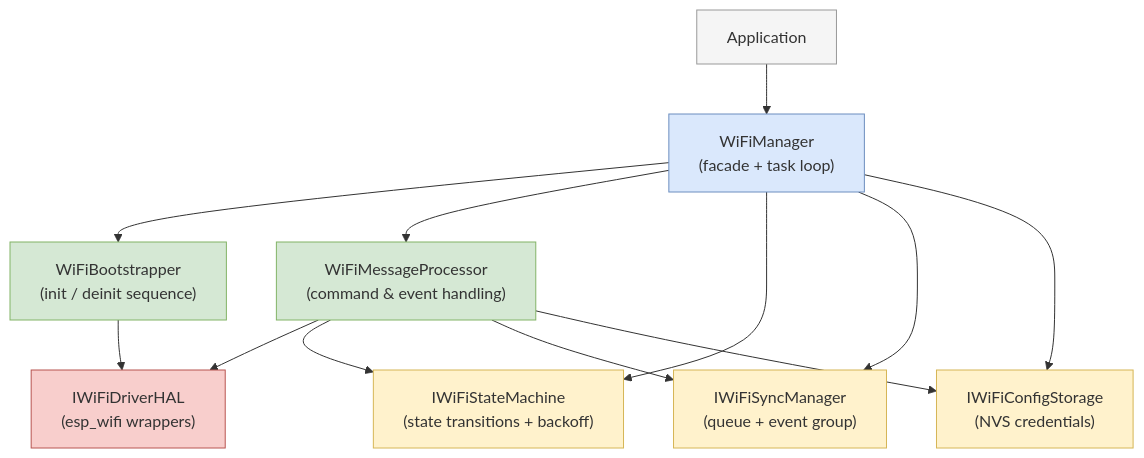
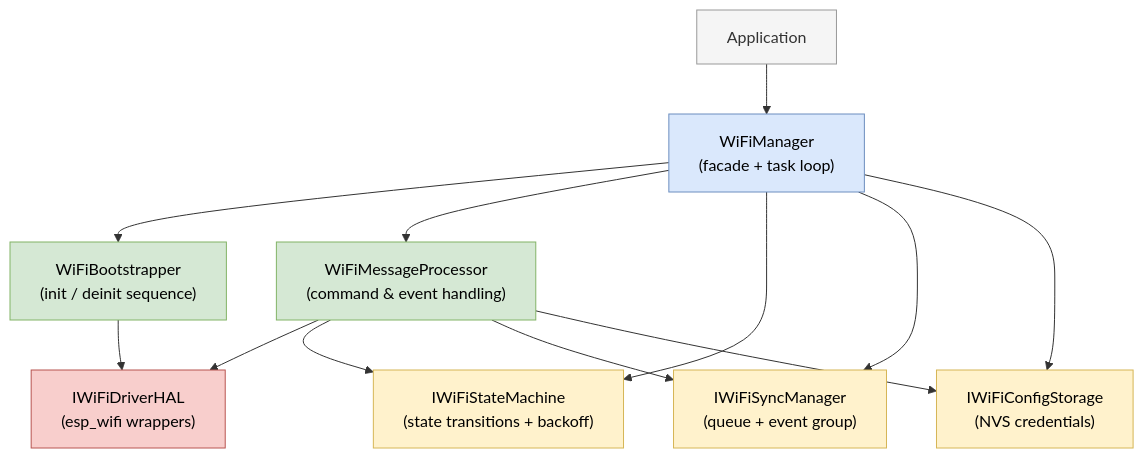
The first of 2 diagrams in README.md (aluiziotomazelli/wifi_manager), drawn with Mermaid before and after one commit. The commit also changed 1 other file, not shown here.

Commit message:
doc: mermaids on docs

````diff
--- a/README.md
+++ b/README.md
@@ -52,25 +52,25 @@
 ```mermaid
 graph TD
     App["Application"] --> WM["WiFiManager\n(facade + task loop)"]
 
     WM --> BS["WiFiBootstrapper\n(init / deinit sequence)"]
     WM --> MP["WiFiMessageProcessor\n(command & event handling)"]
     WM --> SM["IWiFiStateMachine\n(state transitions + backoff)"]
     WM --> SY["IWiFiSyncManager\n(queue + event group)"]
     WM --> ST["IWiFiConfigStorage\n(NVS credentials)"]
 
     BS --> HAL["IWiFiDriverHAL\n(esp_wifi wrappers)"]
     MP --> HAL
     MP --> SM
     MP --> SY
     MP --> ST
 
     style App fill:#f5f5f5,stroke:#999
-    style WM fill:#dae8fc,stroke:#6c8ebf
-    style BS fill:#d5e8d4,stroke:#82b366
-    style MP fill:#d5e8d4,stroke:#82b366
-    style SM fill:#fff2cc,stroke:#d6b656
-    style SY fill:#fff2cc,stroke:#d6b656
-    style ST fill:#fff2cc,stroke:#d6b656
-    style HAL fill:#f8cecc,stroke:#b85450
+    style WM fill:#dae8fc,stroke:#6c8ebf, color:#000000
+    style BS fill:#d5e8d4,stroke:#82b366, color:#000000
+    style MP fill:#d5e8d4,stroke:#82b366, color:#000000
+    style SM fill:#fff2cc,stroke:#d6b656, color:#000000
+    style SY fill:#fff2cc,stroke:#d6b656, color:#000000
+    style ST fill:#fff2cc,stroke:#d6b656, color:#000000
+    style HAL fill:#f8cecc,stroke:#b85450, color:#000000
 ```
````
